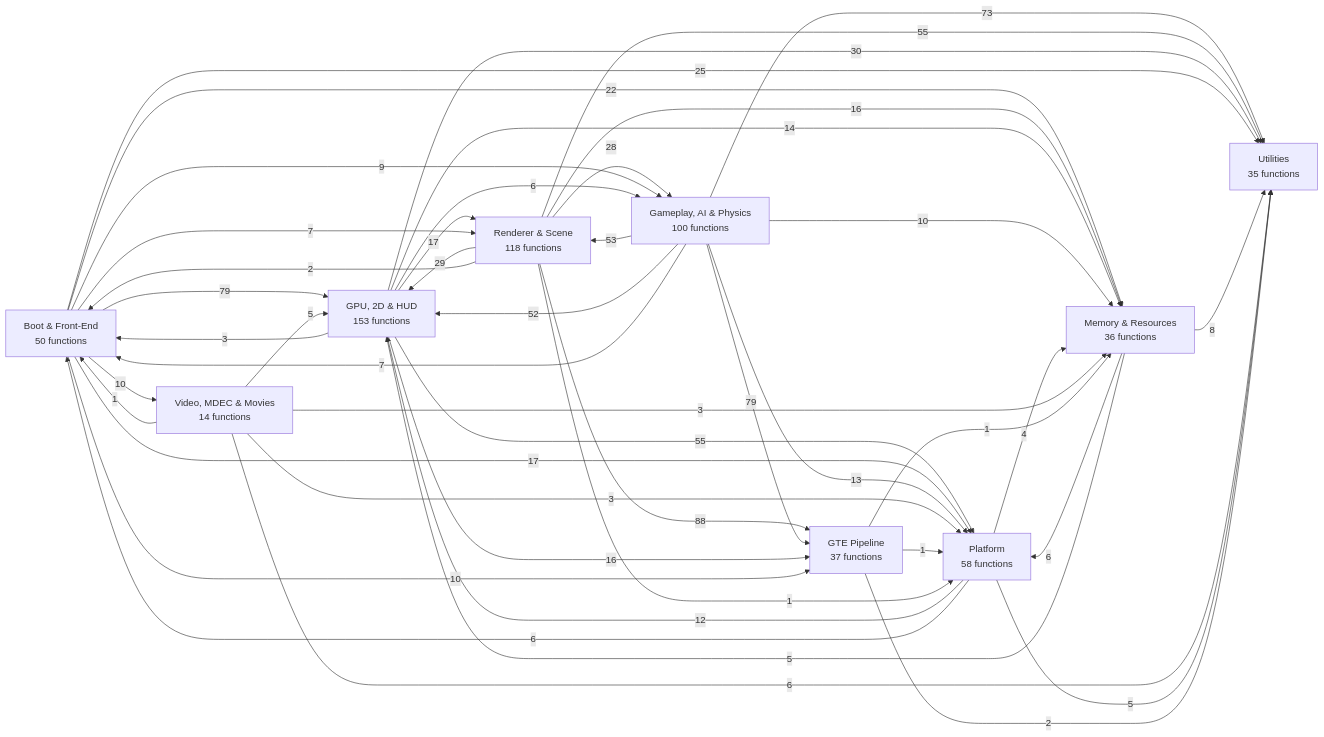
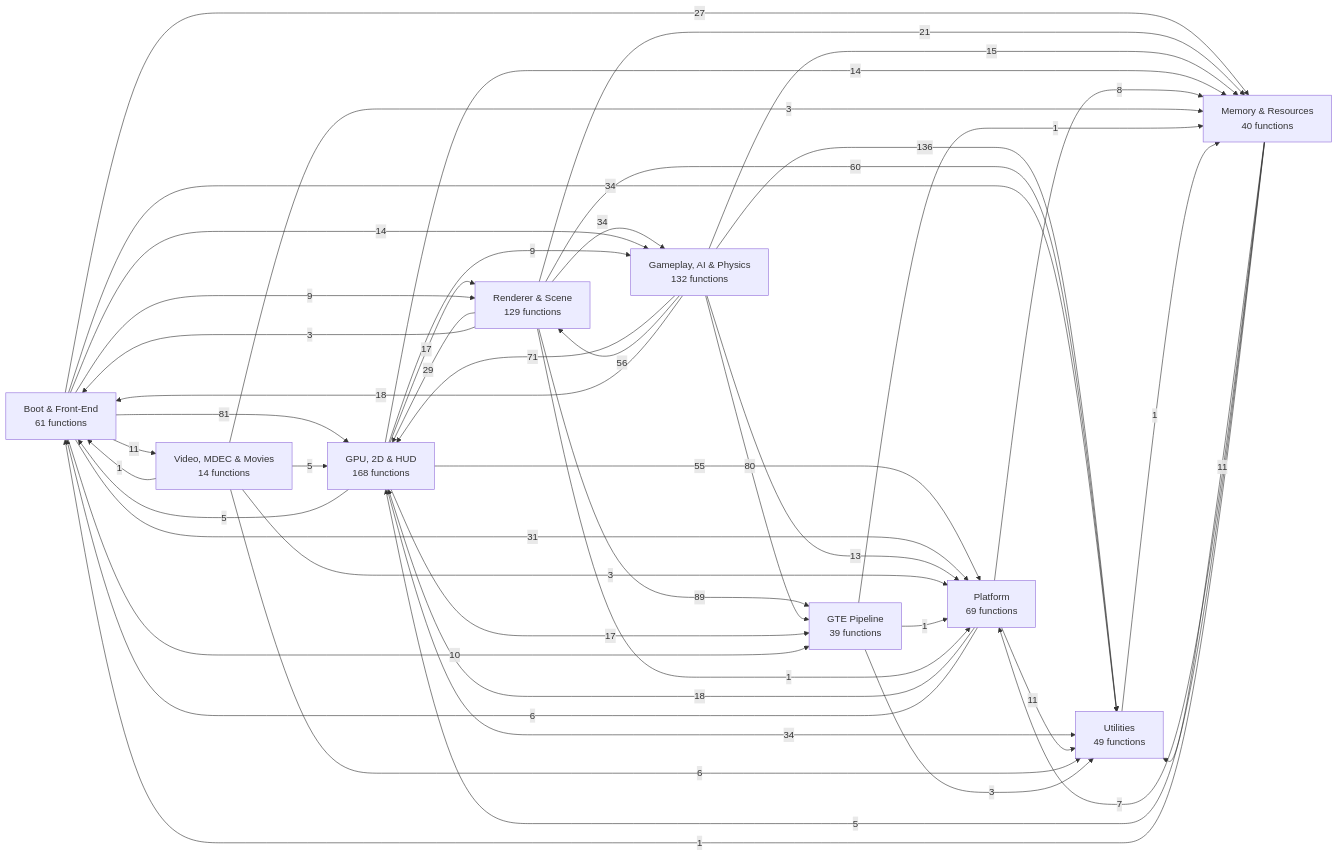
One commit to kai-luni/Future-Cop-L.A.P.D-PS1 changed the first of 11 diagrams in docs/FUNCTION_MAP.md. Above: the diagram before and after it, drawn with Mermaid. The commit also changed other lines of this file, not shown here.

````diff
--- a/docs/FUNCTION_MAP.md
+++ b/docs/FUNCTION_MAP.md
@@ -13,56 +13,58 @@
 ```mermaid
 graph LR
-    g0["Boot & Front-End<br/>50 functions"]
-    g1["Memory & Resources<br/>36 functions"]
+    g0["Boot & Front-End<br/>61 functions"]
+    g1["Memory & Resources<br/>40 functions"]
     g2["Video, MDEC & Movies<br/>14 functions"]
-    g3["GTE Pipeline<br/>37 functions"]
-    g4["Renderer & Scene<br/>118 functions"]
-    g5["GPU, 2D & HUD<br/>153 functions"]
-    g6["Gameplay, AI & Physics<br/>100 functions"]
-    g7["Platform<br/>58 functions"]
-    g8["Utilities<br/>35 functions"]
-    g4 -->|88| g3
-    g0 -->|79| g5
-    g6 -->|79| g3
-    g6 -->|73| g8
+    g3["GTE Pipeline<br/>39 functions"]
+    g4["Renderer & Scene<br/>129 functions"]
+    g5["GPU, 2D & HUD<br/>168 functions"]
+    g6["Gameplay, AI & Physics<br/>132 functions"]
+    g7["Platform<br/>69 functions"]
+    g8["Utilities<br/>49 functions"]
+    g6 -->|136| g8
+    g4 -->|89| g3
+    g0 -->|81| g5
+    g6 -->|80| g3
+    g6 -->|71| g5
+    g4 -->|60| g8
+    g6 -->|56| g4
     g5 -->|55| g7
-    g4 -->|55| g8
-    g6 -->|53| g4
-    g6 -->|52| g5
-    g5 -->|30| g8
+    g0 -->|34| g8
+    g5 -->|34| g8
+    g4 -->|34| g6
+    g0 -->|31| g7
     g4 -->|29| g5
-    g4 -->|28| g6
-    g0 -->|25| g8
-    g0 -->|22| g1
-    g0 -->|17| g7
+    g0 -->|27| g1
+    g4 -->|21| g1
+    g6 -->|18| g0
+    g7 -->|18| g5
+    g5 -->|17| g3
     g5 -->|17| g4
-    g5 -->|16| g3
-    g4 -->|16| g1
+    g6 -->|15| g1
+    g0 -->|14| g6
     g5 -->|14| g1
     g6 -->|13| g7
-    g7 -->|12| g5
+    g0 -->|11| g2
+    g1 -->|11| g8
+    g7 -->|11| g8
     g0 -->|10| g3
-    g0 -->|10| g2
-    g6 -->|10| g1
-    g0 -->|9| g6
-    g1 -->|8| g8
-    g0 -->|7| g4
-    g6 -->|7| g0
-    g5 -->|6| g6
-    g1 -->|6| g7
+    g0 -->|9| g4
+    g5 -->|9| g6
+    g7 -->|8| g1
+    g1 -->|7| g7
     g7 -->|6| g0
     g2 -->|6| g8
+    g5 -->|5| g0
     g1 -->|5| g5
-    g7 -->|5| g8
     g2 -->|5| g5
-    g7 -->|4| g1
-    g5 -->|3| g0
+    g3 -->|3| g8
+    g4 -->|3| g0
     g2 -->|3| g1
     g2 -->|3| g7
-    g3 -->|2| g8
-    g4 -->|2| g0
     g3 -->|1| g1
     g3 -->|1| g7
+    g1 -->|1| g0
     g4 -->|1| g7
+    g8 -->|1| g1
     g2 -->|1| g0
 ```
````
